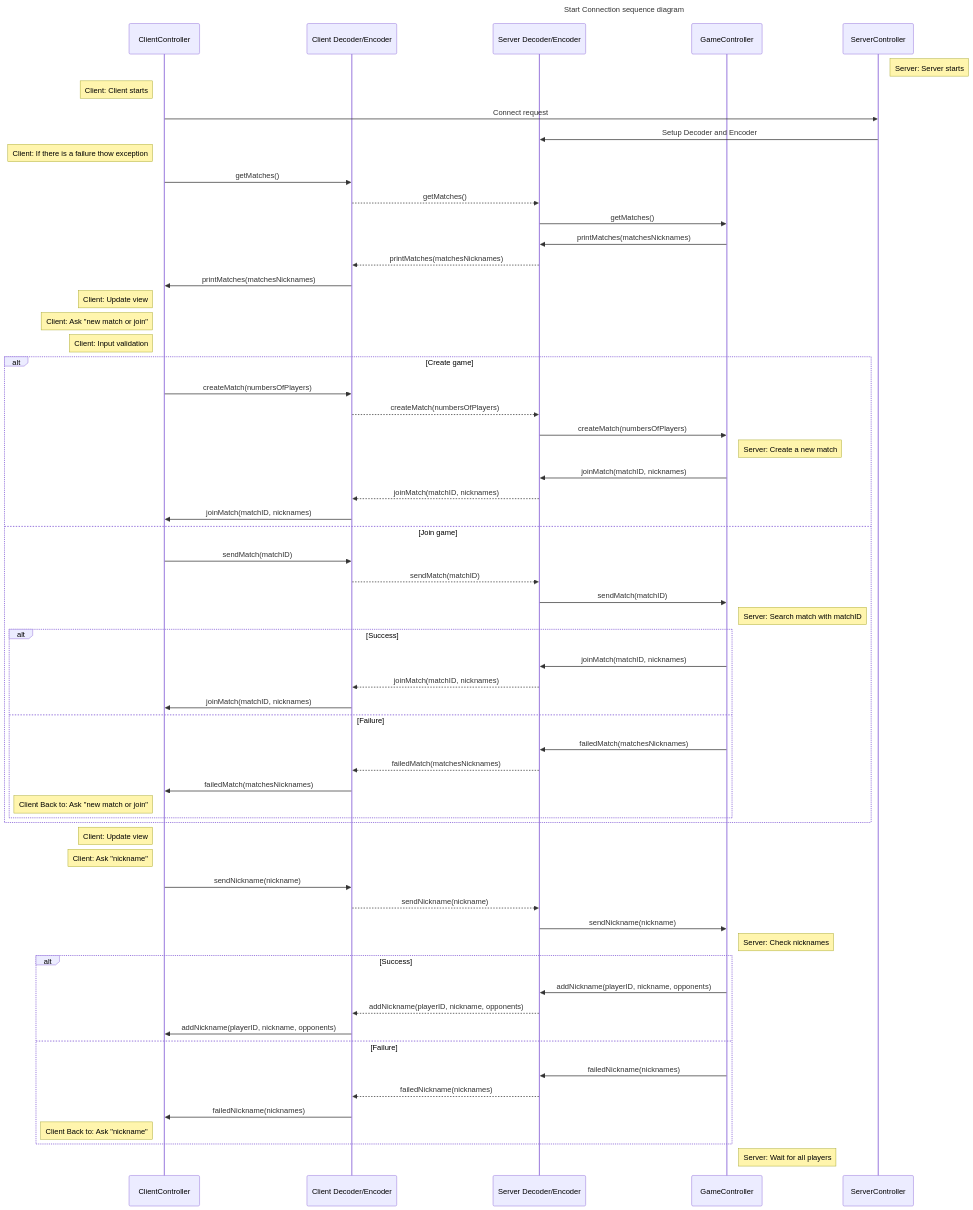
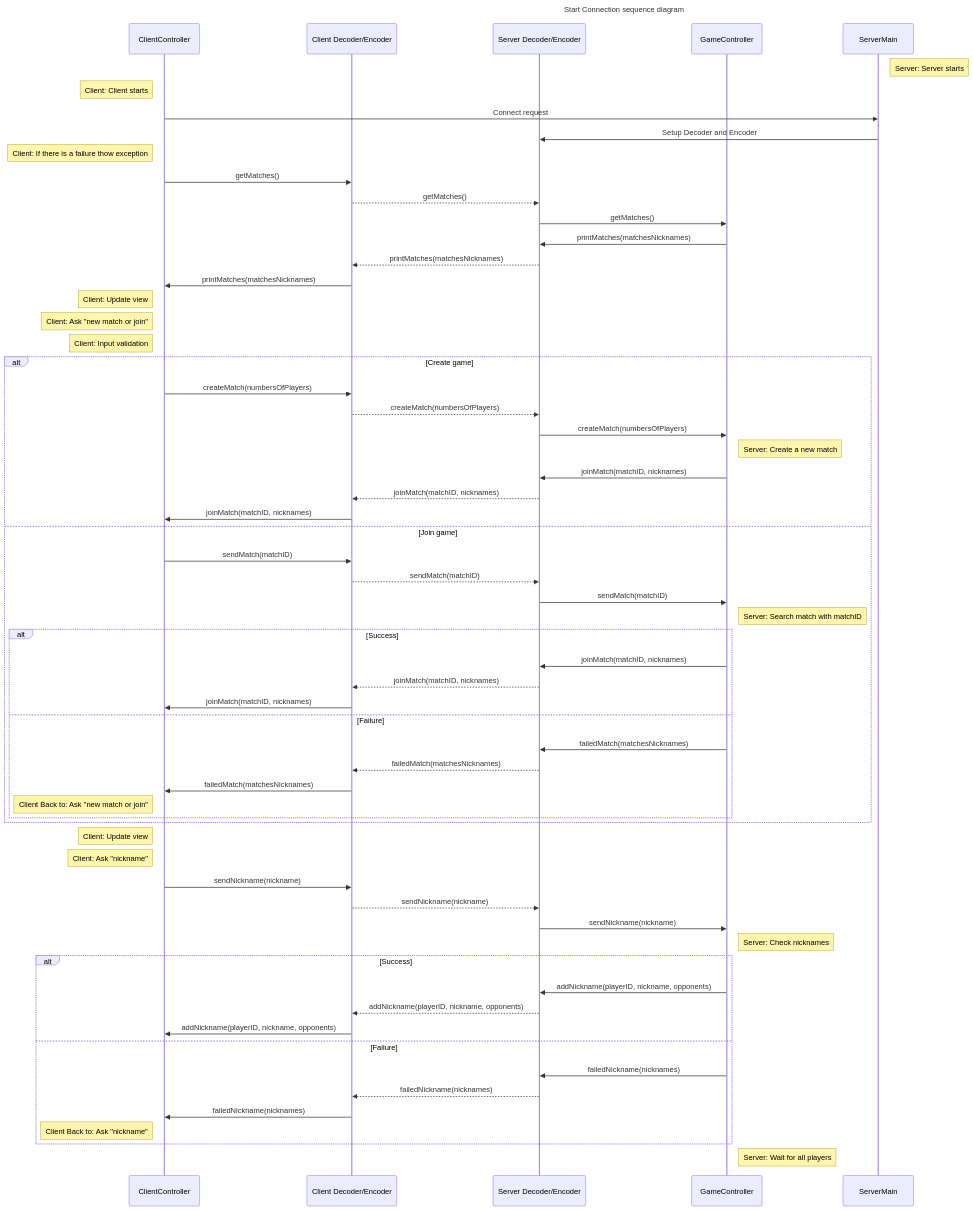
Before and after one commit to SteveOrDan/IS24-AM17: the third of 6 diagrams in README.md, drawn with Mermaid. The commit also changed other lines of this file, not shown here.

First line of the commit message:
2 new sequence diagrams

```diff
--- a/README.md
+++ b/README.md
@@ -877,7 +877,7 @@
     participant Cn as Client Decoder/Encoder
     participant Sn as Server Decoder/Encoder
     participant G as GameController
-    participant S as ServerController
+    participant S as ServerMain
 
     Note right of S: Server: Server starts
 
```
